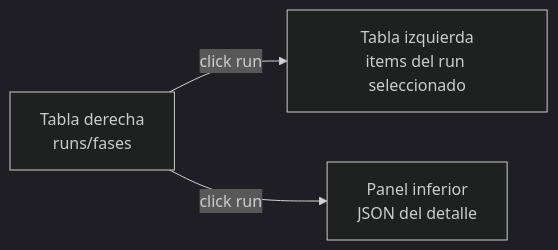
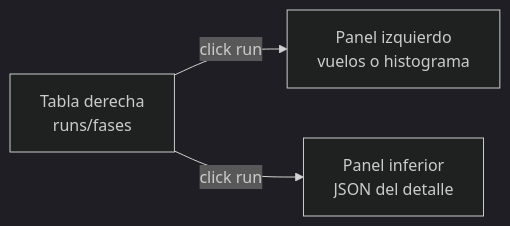
The fourth of 4 diagrams in README.md (aferamb/cloud_SCALAtor), drawn with Mermaid (dark theme) before and after one commit. The commit also changed other lines of this file and 1 other file, not shown here.

````diff
--- a/README.md
+++ b/README.md
@@ -822,9 +824,9 @@
 ```mermaid
 flowchart LR
-  Items["Tabla izquierda<br/>items del run seleccionado"]
+  Items["Panel izquierdo<br/>vuelos o histograma"]
   Runs["Tabla derecha<br/>runs/fases"]
   Detail["Panel inferior<br/>JSON del detalle"]
 
   Runs -->|"click run"| Items
   Runs -->|"click run"| Detail
 ```
````
